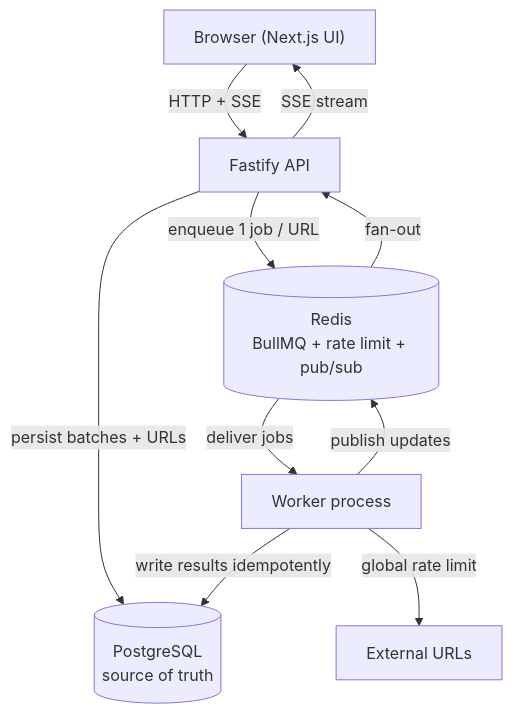
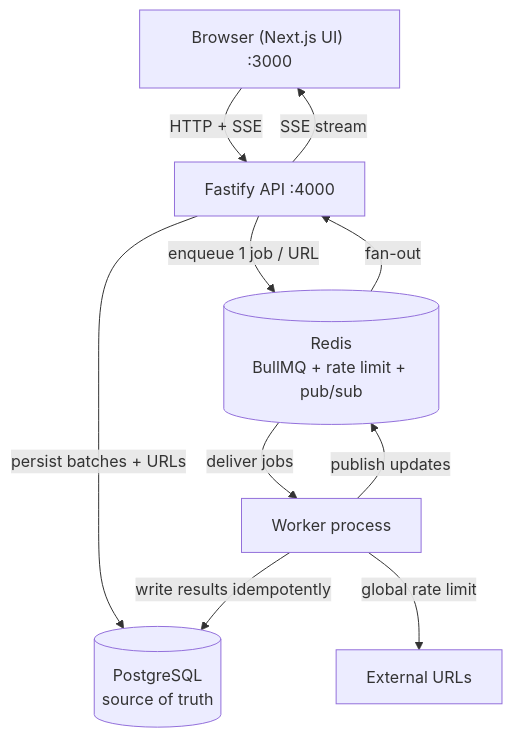
One commit to niranjansah87/URLPulse changed the diagram in README.md. Above: the diagram before and after it, drawn with Mermaid. The commit also changed other lines of this file, not shown here.

````diff
--- a/README.md
+++ b/README.md
@@ -58,19 +113,19 @@
 ```mermaid
 flowchart TD
-    Browser["Browser (Next.js UI)"]
-    API["Fastify API"]
+    Browser["Browser (Next.js UI) :3000"]
+    API["Fastify API :4000"]
     PG[("PostgreSQL<br/>source of truth")]
     RD[("Redis<br/>BullMQ + rate limit + pub/sub")]
     Worker["Worker process"]
     Ext["External URLs"]
 
     Browser -->|HTTP + SSE| API
     API -->|persist batches + URLs| PG
     API -->|enqueue 1 job / URL| RD
     RD -->|deliver jobs| Worker
     Worker -->|global rate limit| Ext
     Worker -->|write results idempotently| PG
     Worker -->|publish updates| RD
     RD -->|fan-out| API
     API -->|SSE stream| Browser
 ```
````
